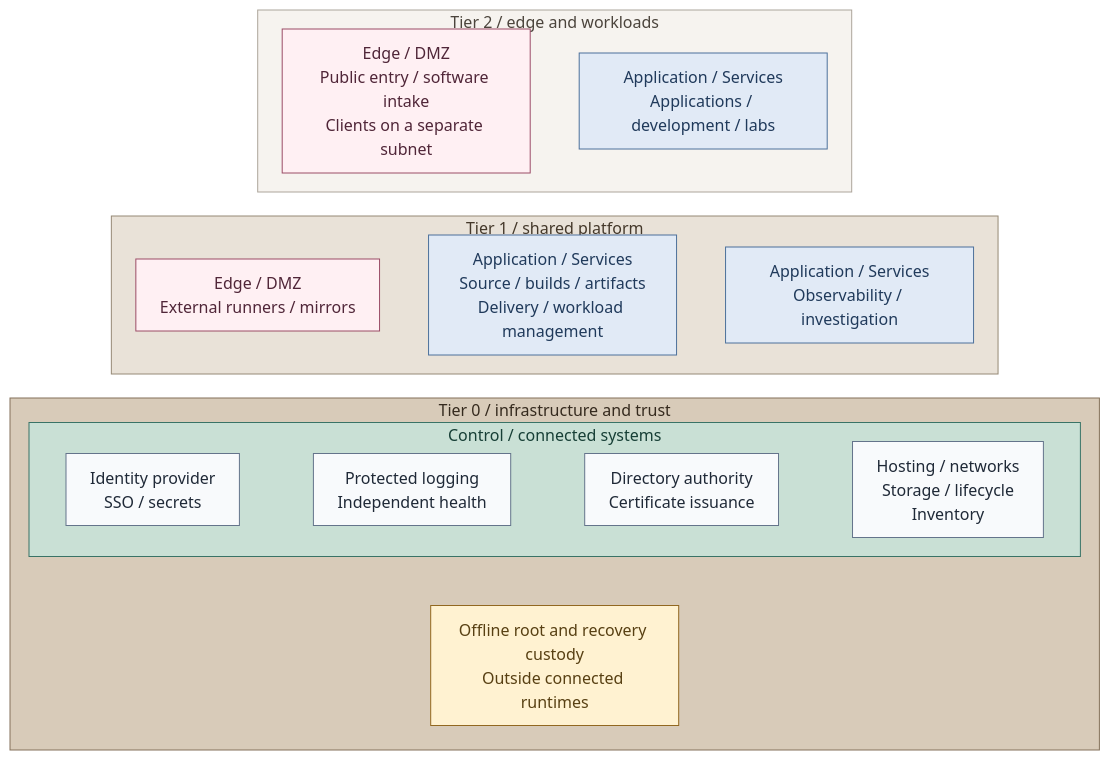
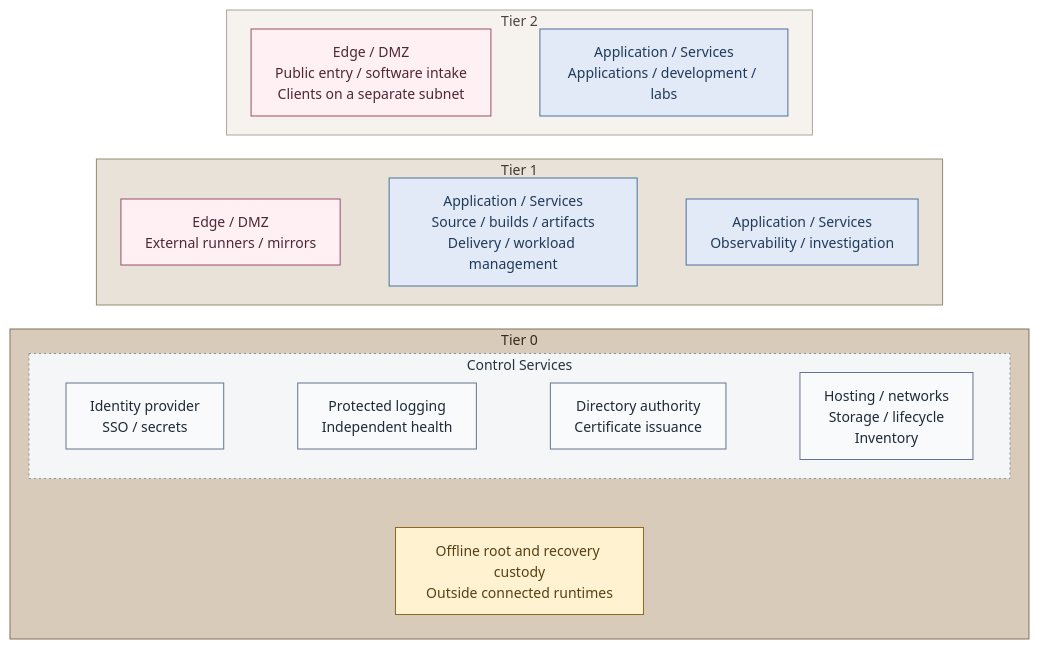
One commit to Rexus/homelab changed the diagram in docs/01-architecture/README.md. Above: the diagram before and after it, drawn with Mermaid. The commit also changed 124 other files, not shown here.

First line of the commit message:
fix(platform): align service diagrams and directory failover

````diff
--- a/docs/01-architecture/README.md
+++ b/docs/01-architecture/README.md
@@ -9,50 +9,51 @@
 ```mermaid
-%%{init: {"theme":"base","flowchart":{"nodeSpacing":18,"rankSpacing":24,"padding":12},"themeVariables":{"lineColor":"#627581","edgeLabelBackground":"#f8fafc"}}}%%
+%%{init: {"theme":"base","flowchart":{"nodeSpacing":18,"rankSpacing":24,"padding":12},"themeVariables":{"lineColor":"#627581","edgeLabelBackground":"#f8fafc","fontFamily":"Arial, sans-serif","fontSize":"14px"},"fontFamily":"Arial, sans-serif"}}%%
 flowchart TB
-  subgraph T2["Tier 2 / edge and workloads"]
+  subgraph T2["Tier 2"]
     direction LR
     Edge["Edge / DMZ<br/>Public entry / software intake<br/>Clients on a separate subnet"]
     Workloads["Application / Services<br/>Applications / development / labs"]
     Edge ~~~ Workloads
   end
-  subgraph T1["Tier 1 / shared platform"]
+  subgraph T1["Tier 1"]
     direction LR
     Publication["Edge / DMZ<br/>External runners / mirrors"]
     Delivery["Application / Services<br/>Source / builds / artifacts<br/>Delivery / workload management"]
     Analytics["Application / Services<br/>Observability / investigation"]
     Publication ~~~ Delivery ~~~ Analytics
   end
-  subgraph T0["Tier 0 / infrastructure and trust"]
+  subgraph T0["Tier 0"]
     direction TB
-    subgraph Control["Control / connected systems"]
+    subgraph Control["Control Services"]
       direction LR
       Infrastructure["Hosting / networks<br/>Storage / lifecycle<br/>Inventory"]
       Consumers["Identity provider<br/>SSO / secrets"]
       Evidence["Protected logging<br/>Independent health"]
       Authority["Directory authority<br/>Certificate issuance"]
       Consumers ~~~ Evidence ~~~ Authority ~~~ Infrastructure
     end
     Offline["Offline root and recovery custody<br/>Outside connected runtimes"]
     Control ~~~ Offline
   end
   T2 ~~~ T1 ~~~ T0
   classDef default fill:#f8fafc,stroke:#64748b,color:#1f2937
   classDef boundary fill:#eef2f6,stroke:#64748b,color:#1f2937
   classDef edge fill:#fce8ec,stroke:#9b4d67,color:#502638
   classDef services fill:#e7f0fc,stroke:#4d719b,color:#203a5b
   classDef control fill:#e2f3ed,stroke:#397366,color:#173f36
   classDef custody fill:#fff2d1,stroke:#926820,color:#584013
   class Offline custody
   classDef tier0 fill:#d8cbb9,stroke:#83715a,color:#352a1e
   class T0 tier0
   classDef tier1 fill:#e9e2d8,stroke:#968976,color:#44382a
   class T1 tier1
   classDef tier2 fill:#f6f3ef,stroke:#aca59b,color:#4b443c
   class T2 tier2
   classDef zoneEdge fill:#fff0f3,stroke:#9b4d67,color:#502638
   class Edge,Publication zoneEdge
   classDef zoneServices fill:#e1eaf6,stroke:#4d719b,color:#203a5b
   class Workloads,Delivery,Analytics zoneServices
   classDef zoneControl fill:#c9e0d5,stroke:#397366,color:#173f36
-  class Control zoneControl
+  classDef group fill:#f5f6f7,stroke:#89939e,color:#273340,stroke-dasharray:2 3
+  class Control group
 ```
````
